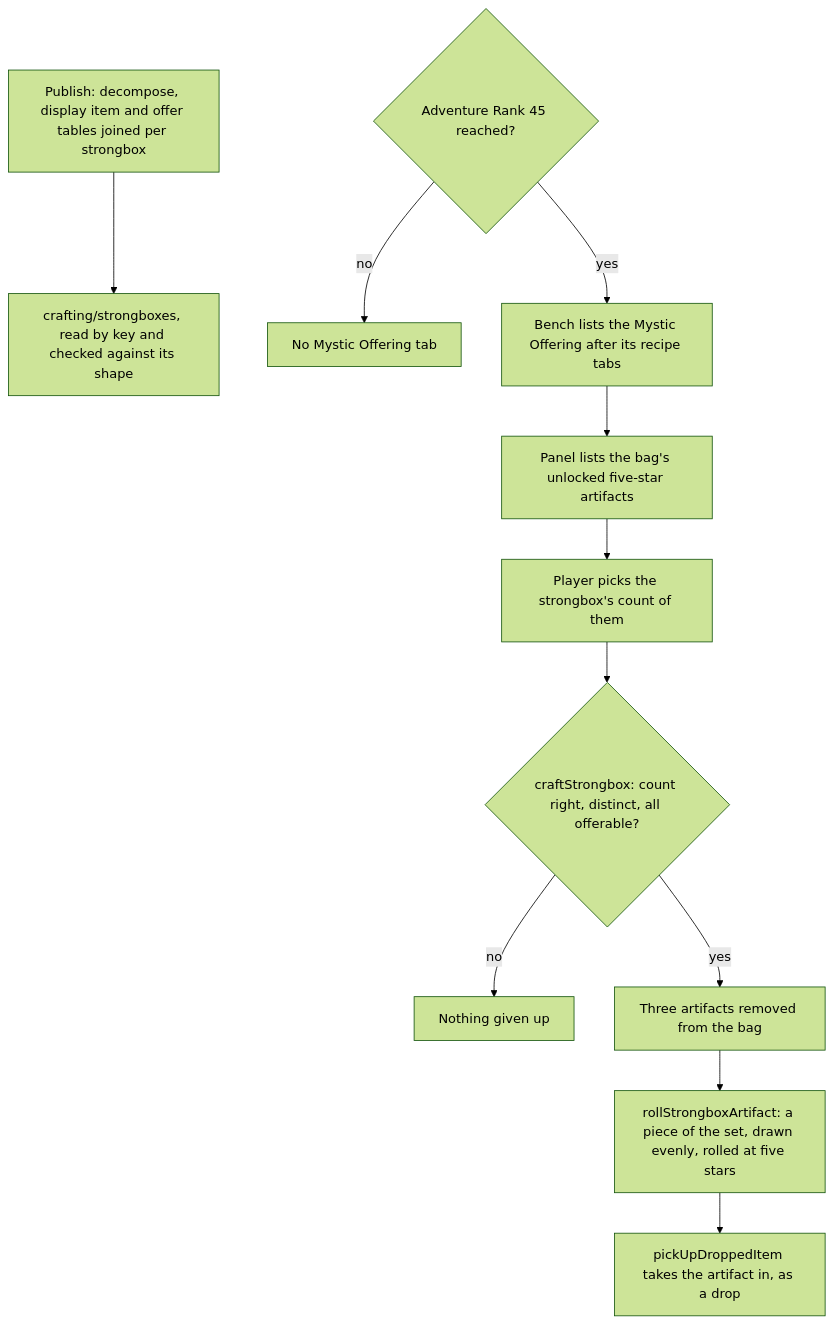
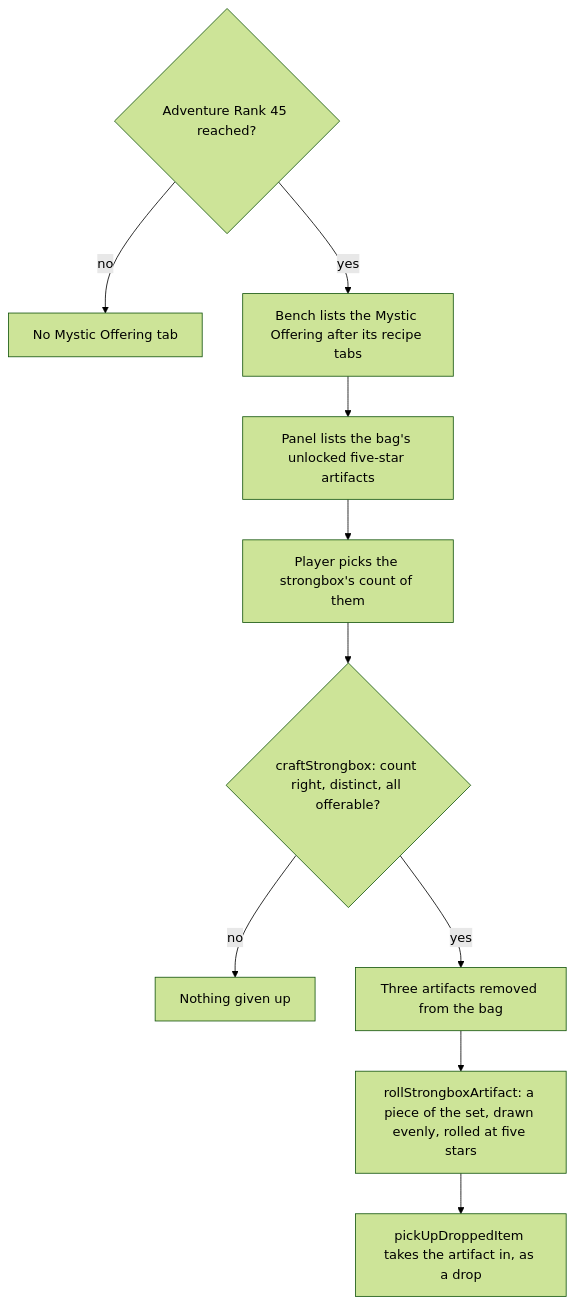
One commit to Esposter/Esposter changed the diagram in openspec/specs/genshin/artifact-strongbox/design.md. Above: the diagram before and after it, drawn with Mermaid (forest theme). The commit also changed other lines of this file and 9 other files, not shown here.

````diff
--- a/openspec/specs/genshin/artifact-strongbox/design.md
+++ b/openspec/specs/genshin/artifact-strongbox/design.md
@@ -7,13 +7,12 @@
 ```mermaid
 flowchart TD
-  T["Publish: decompose, display item and offer tables joined per strongbox"] --> R["crafting/strongboxes, read by key and checked against its shape"]
   G{"Adventure Rank 45 reached?"} -->|"no"| X["No Mystic Offering tab"]
   G -->|"yes"| TAB["Bench lists the Mystic Offering after its recipe tabs"]
   TAB --> PANEL["Panel lists the bag's unlocked five-star artifacts"]
   PANEL --> PICK["Player picks the strongbox's count of them"]
   PICK --> CHECK{"craftStrongbox: count right, distinct, all offerable?"}
   CHECK -->|"no"| NONE["Nothing given up"]
   CHECK -->|"yes"| REMOVE["Three artifacts removed from the bag"]
   REMOVE --> ROLL["rollStrongboxArtifact: a piece of the set, drawn evenly, rolled at five stars"]
   ROLL --> PICKUP["pickUpDroppedItem takes the artifact in, as a drop"]
 ```
````
